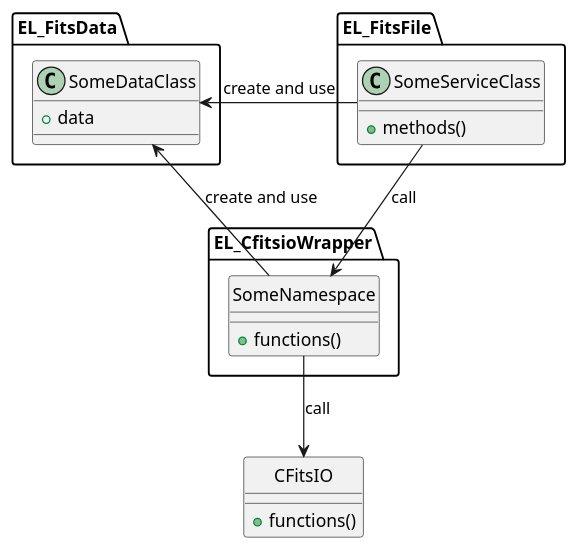
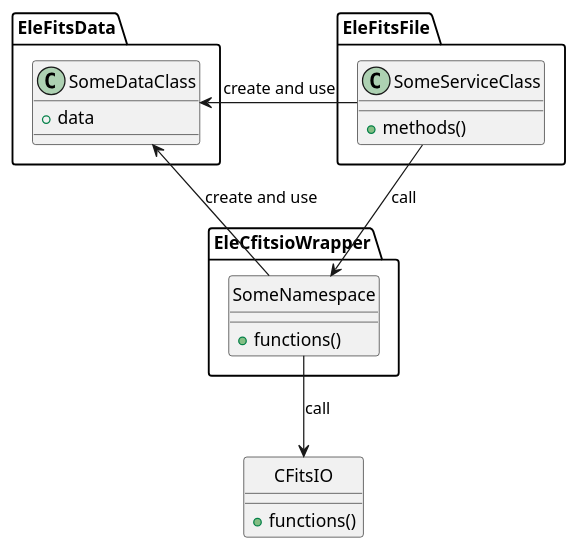
Before and after one commit to CNES/EleFits: the diagram in doc/diagrams/src/ClassOverview.puml, drawn with PlantUML. The commit also changed 406 other files, not shown here.

```diff
--- a/doc/diagrams/src/ClassOverview.puml
+++ b/doc/diagrams/src/ClassOverview.puml
@@ -1,26 +1,26 @@
 @startuml
 class CFitsIO {
 + functions()
 }
 hide CFitsIO circle
-package EL_CfitsioWrapper {
+package EleCfitsioWrapper {
 class SomeNamespace {
 + functions()
 }
 }
 hide SomeNamespace circle
-package EL_FitsData {
+package EleFitsData {
 class SomeDataClass {
 + data
 }
 }
-package EL_FitsFile {
+package EleFitsFile {
 class SomeServiceClass {
 + methods()
 }
 }
 SomeDataClass <- SomeServiceClass : create and use
 SomeDataClass <-- SomeNamespace : create and use
 SomeServiceClass --> SomeNamespace : call
 SomeNamespace --> CFitsIO : call
 @enduml
```
